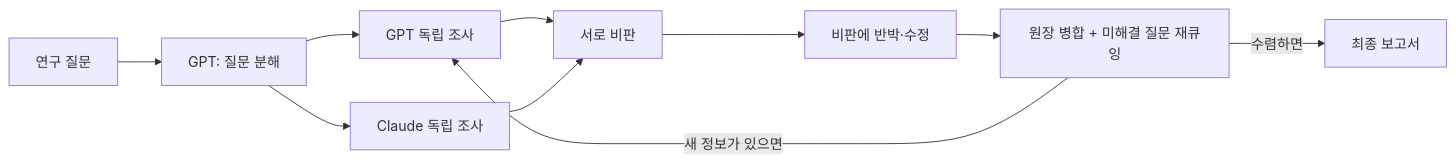
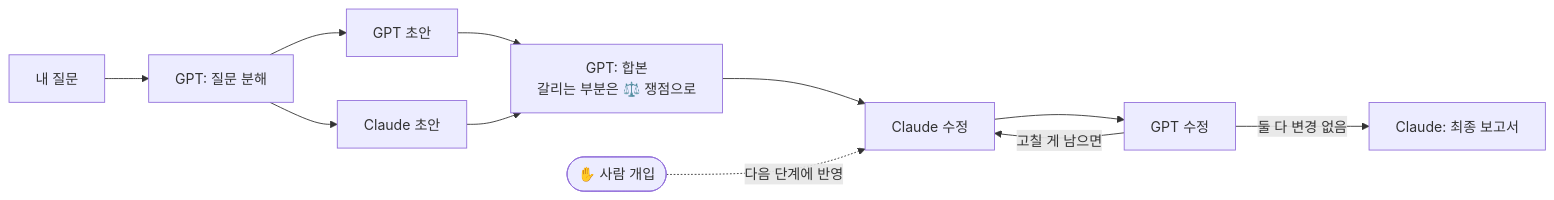
The diagram in README.md (Sskskxi/our-toy), drawn with Mermaid before and after one commit. The commit also changed other lines of this file and 29 other files, not shown here.

````diff
--- a/README.md
+++ b/README.md
@@ -9,12 +9,13 @@
 ```mermaid
 flowchart LR
-  Q[연구 질문] --> P[GPT: 질문 분해]
-  P --> A1[GPT 독립 조사]
-  P --> B1[Claude 독립 조사]
-  A1 --> C[서로 비판]
-  B1 --> C
-  C --> R[비판에 반박·수정]
-  R --> L[원장 병합 + 미해결 질문 재큐잉]
-  L -->|새 정보가 있으면| A1
-  L -->|수렴하면| F[최종 보고서]
+  Q[내 질문] --> P[GPT: 질문 분해]
+  P --> A[GPT 초안]
+  P --> B[Claude 초안]
+  A --> M[GPT: 합본<br/>갈리는 부분은 ⚖️ 쟁점으로]
+  B --> M
+  M --> C[Claude 수정]
+  C --> G[GPT 수정]
+  G -->|고칠 게 남으면| C
+  G -->|둘 다 변경 없음| F[Claude: 최종 보고서]
+  H([✋ 사람 개입]) -.다음 단계에 반영.-> C
 ```
````
